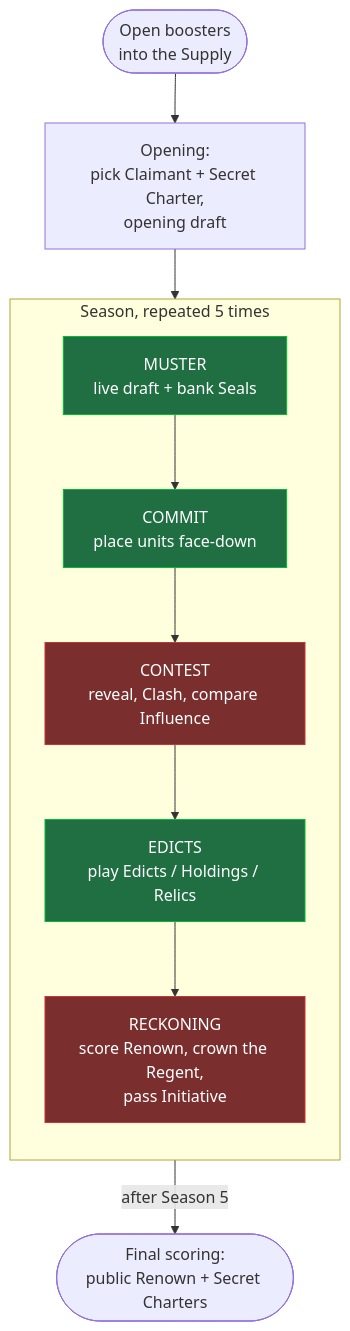
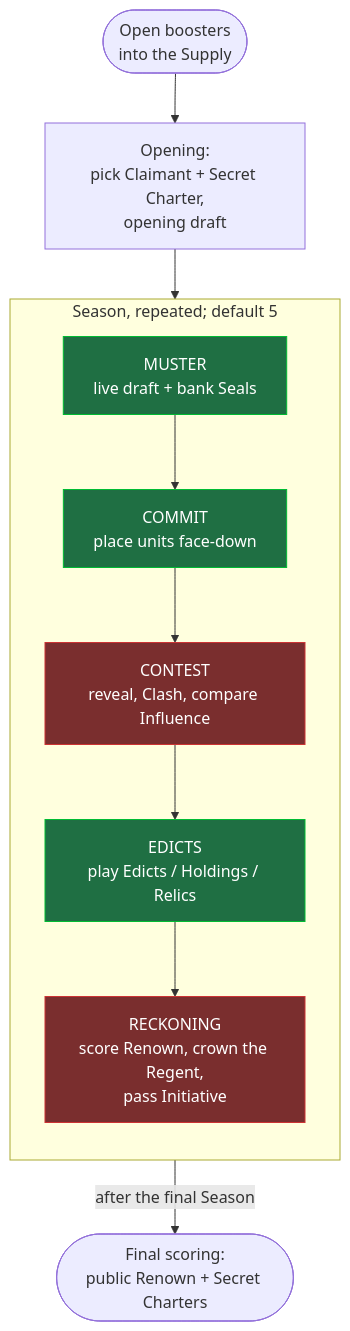
The second of 4 diagrams in docs/design/core-gameplay-loop.md (OwenTanzer/Dark-Charterlands-TCG), drawn with Mermaid before and after one commit. The commit also changed other lines of this file and 1 other file, not shown here.

First line of the commit message:
Add Community Charters: group-written house rules as a design pillar

````diff
--- a/docs/design/core-gameplay-loop.md
+++ b/docs/design/core-gameplay-loop.md
@@ -64,17 +65,17 @@
 ```mermaid
 flowchart TD
   S0([Open boosters<br/>into the Supply]) --> S1[Opening:<br/>pick Claimant + Secret Charter,<br/>opening draft]
   S1 --> L
-  subgraph L[Season, repeated 5 times]
+  subgraph L[Season, repeated; default 5]
     direction TB
     P1[MUSTER<br/>live draft + bank Seals]:::sim
     P2[COMMIT<br/>place units face-down]:::sim
     P3[CONTEST<br/>reveal, Clash, compare Influence]:::ord
     P4[EDICTS<br/>play Edicts / Holdings / Relics]:::sim
     P5[RECKONING<br/>score Renown, crown the Regent,<br/>pass Initiative]:::ord
     P1 --> P2 --> P3 --> P4 --> P5
   end
-  L -->|after Season 5| F([Final scoring:<br/>public Renown + Secret Charters])
+  L -->|after the final Season| F([Final scoring:<br/>public Renown + Secret Charters])
   classDef sim fill:#1f6f43,stroke:#0b3,color:#fff
   classDef ord fill:#7a2e2e,stroke:#c33,color:#fff
 ```
````
